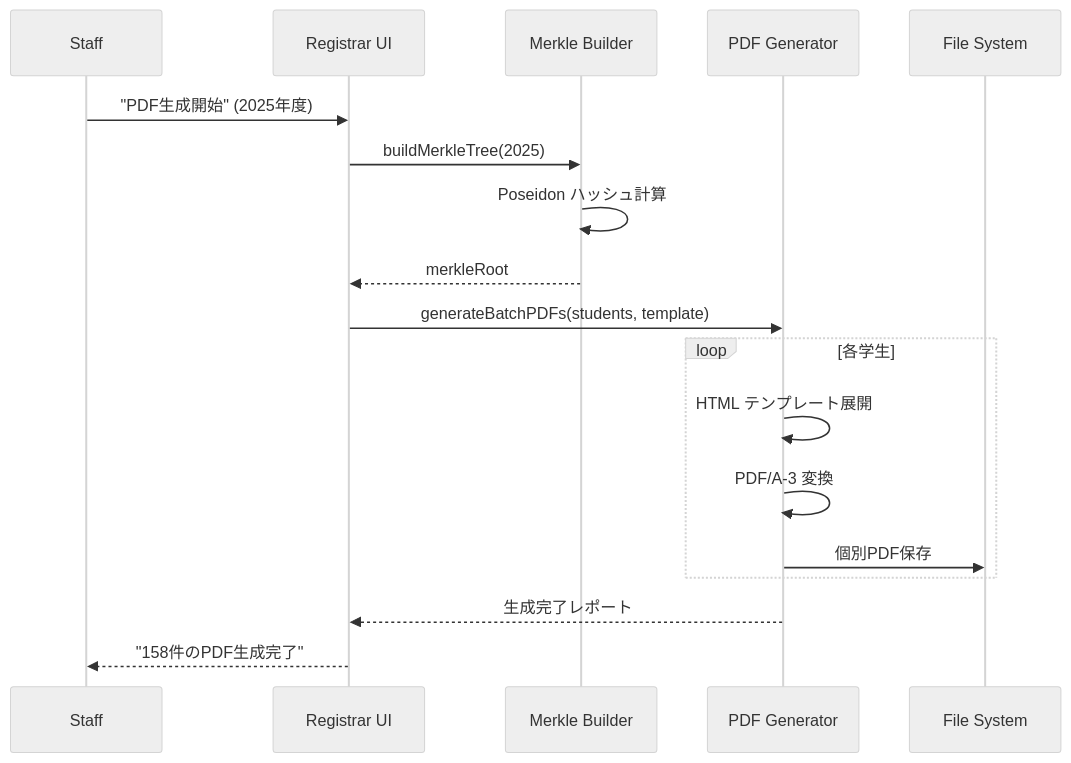
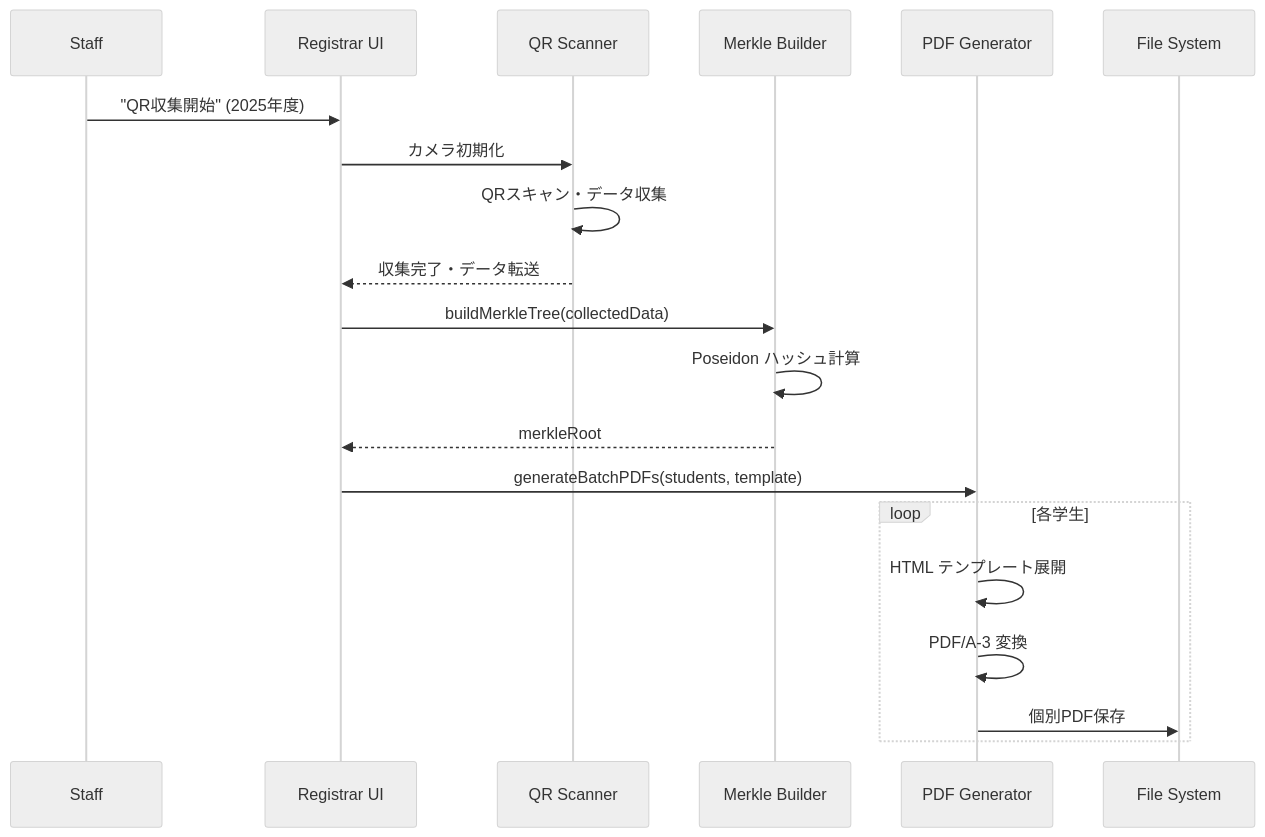
One commit to Blank-Vulture/Tri-CertFramework changed the third of 3 diagrams in documents/RegistrarConsole/FSD_Registrar.md. Above: the diagram before and after it, drawn with Mermaid (neutral theme). The commit also changed other lines of this file and 5 other files, not shown here.

````diff
--- a/documents/RegistrarConsole/FSD_Registrar.md
+++ b/documents/RegistrarConsole/FSD_Registrar.md
@@ -233,21 +562,23 @@
 ```mermaid
 sequenceDiagram
     participant Staff
     participant UI as Registrar UI
+    participant QR as QR Scanner
     participant MB as Merkle Builder
     participant PG as PDF Generator
     participant FS as File System
 
-    Staff->>UI: "PDF生成開始" (2025年度)
-    UI->>MB: buildMerkleTree(2025)
+    Staff->>UI: "QR収集開始" (2025年度)
+    UI->>QR: カメラ初期化
+    QR->>QR: QRスキャン・データ収集
+    QR-->>UI: 収集完了・データ転送
+    UI->>MB: buildMerkleTree(collectedData)
     MB->>MB: Poseidon ハッシュ計算
     MB-->>UI: merkleRoot
     UI->>PG: generateBatchPDFs(students, template)
     loop 各学生
         PG->>PG: HTML テンプレート展開
         PG->>PG: PDF/A-3 変換
         PG->>FS: 個別PDF保存
     end
-    PG-->>UI: 生成完了レポート
-    UI-->>Staff: "158件のPDF生成完了"
 ```
````
